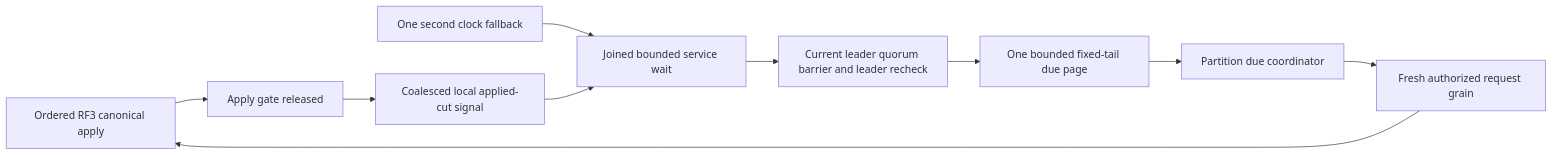
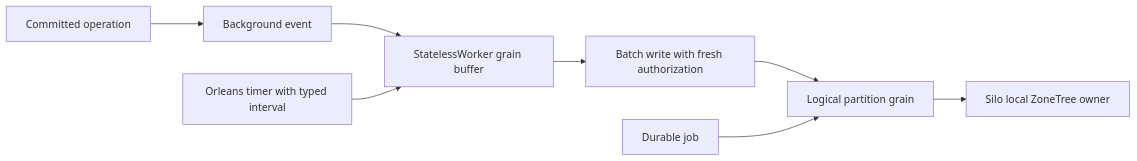
Before and after one commit to managedcode/KeyLoad: the diagram in docs/Features/ClusterRouting/RuntimeAdoption.md, drawn with Mermaid. The commit also changed other lines of this file and 7356 other files, not shown here.

````diff
--- a/docs/Features/ClusterRouting/RuntimeAdoption.md
+++ b/docs/Features/ClusterRouting/RuntimeAdoption.md
@@ -268,12 +126,10 @@
 ```mermaid
 flowchart LR
-  Apply[Ordered RF3 canonical apply] --> Released[Apply gate released]
-  Released --> Wake[Coalesced local applied-cut signal]
-  Clock[One second clock fallback] --> Wait[Joined bounded service wait]
-  Wake --> Wait
-  Wait --> Leader[Current leader quorum barrier and leader recheck]
-  Leader --> Scan[One bounded fixed-tail due page]
-  Scan --> Grain[Partition due coordinator]
-  Grain --> Request[Fresh authorized request grain]
-  Request --> Apply
+  Op[Committed operation] --> Event[Background event]
+  Event --> Worker[StatelessWorker grain buffer]
+  Timer[Orleans timer with typed interval] --> Worker
+  Worker --> Batch[Batch write with fresh authorization]
+  Batch --> Part[Logical partition grain]
+  Part --> Owner[Silo local ZoneTree owner]
+  Job[Durable job] --> Part
 ```
````
